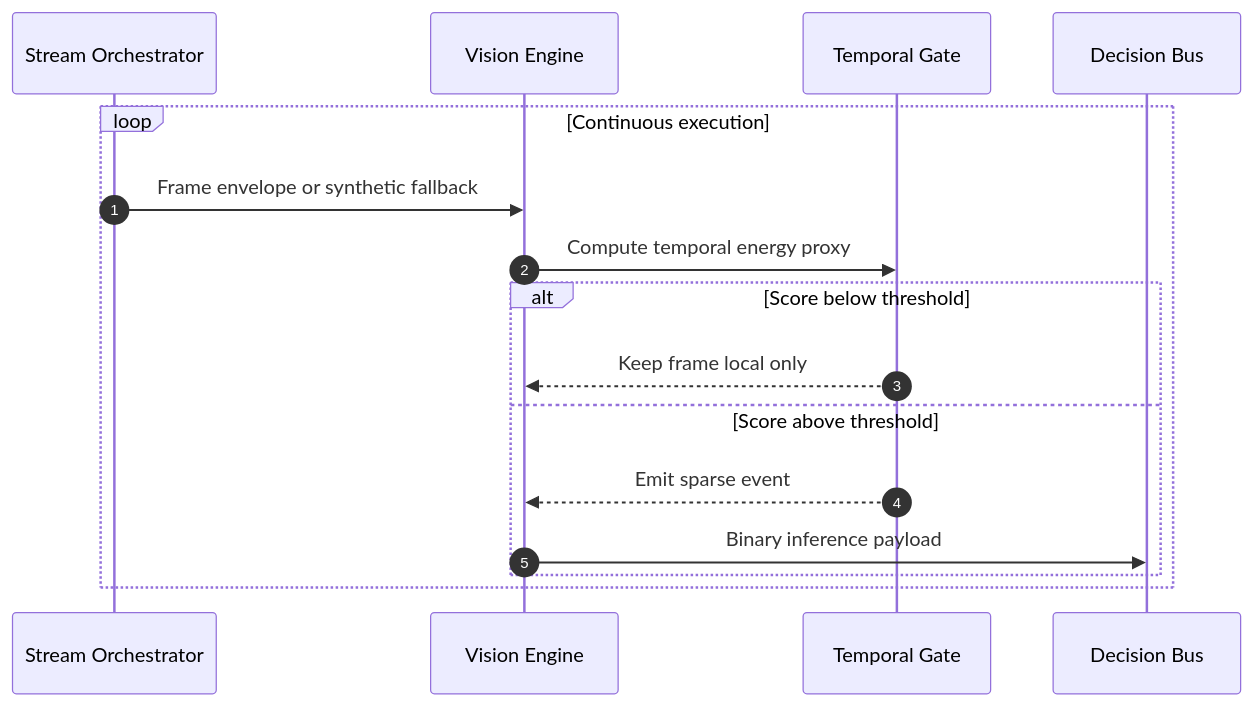
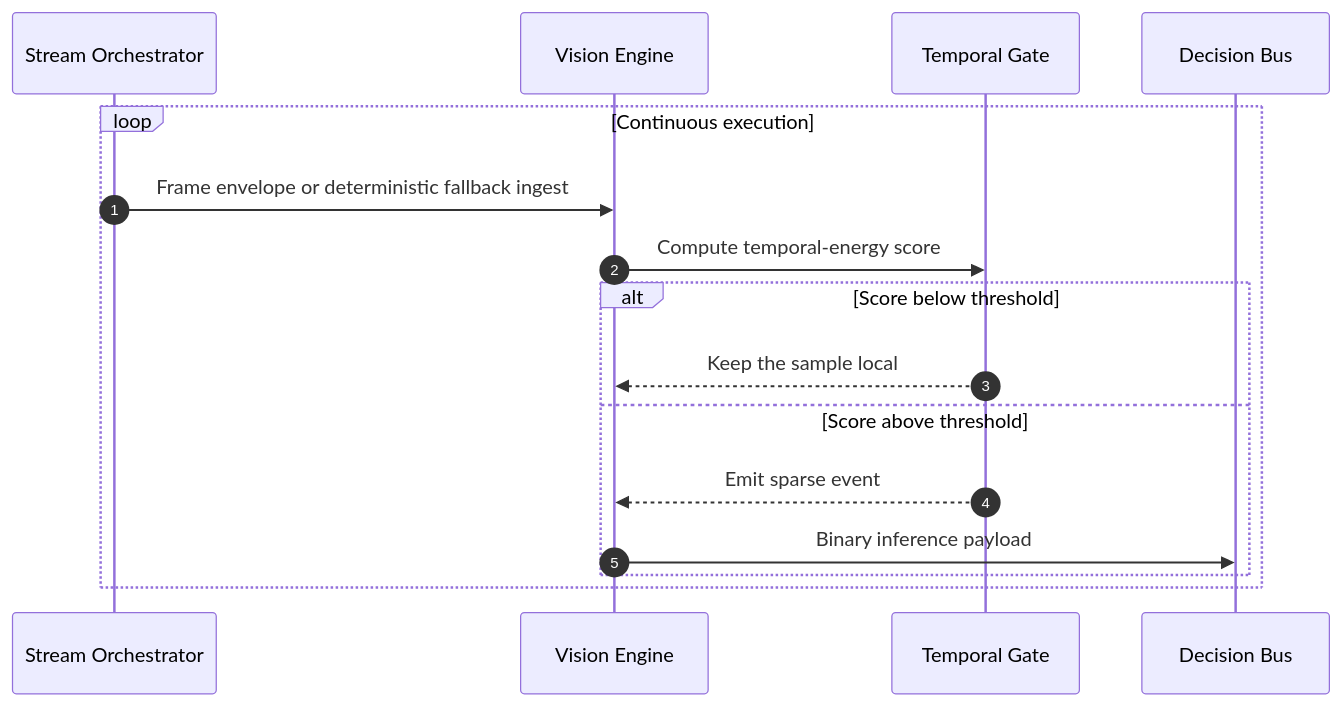
One commit to Industrial-Edge-Labs/docs-Industrial-Edge-Labs changed the second of 4 diagrams in event-driven-vision-processing-engine/architecture.md. Above: the diagram before and after it, drawn with Mermaid. The commit also changed other lines of this file and 4 other files, not shown here.

Commit message:
docs: enrich architecture with elegant Mermaid ZeroMQ DAG topology

````diff
--- a/event-driven-vision-processing-engine/architecture.md
+++ b/event-driven-vision-processing-engine/architecture.md
@@ -27,19 +29,19 @@
 ```mermaid
 sequenceDiagram
     autonumber
     participant Upstream as Stream Orchestrator
     participant Engine as Vision Engine
     participant Gate as Temporal Gate
     participant Bus as Decision Bus
 
     loop Continuous execution
-        Upstream->>Engine: Frame envelope or synthetic fallback
-        Engine->>Gate: Compute temporal energy proxy
+        Upstream->>Engine: Frame envelope or deterministic fallback ingest
+        Engine->>Gate: Compute temporal-energy score
         alt Score below threshold
-            Gate-->>Engine: Keep frame local only
+            Gate-->>Engine: Keep the sample local
         else Score above threshold
             Gate-->>Engine: Emit sparse event
             Engine->>Bus: Binary inference payload
         end
     end
 ```
````
